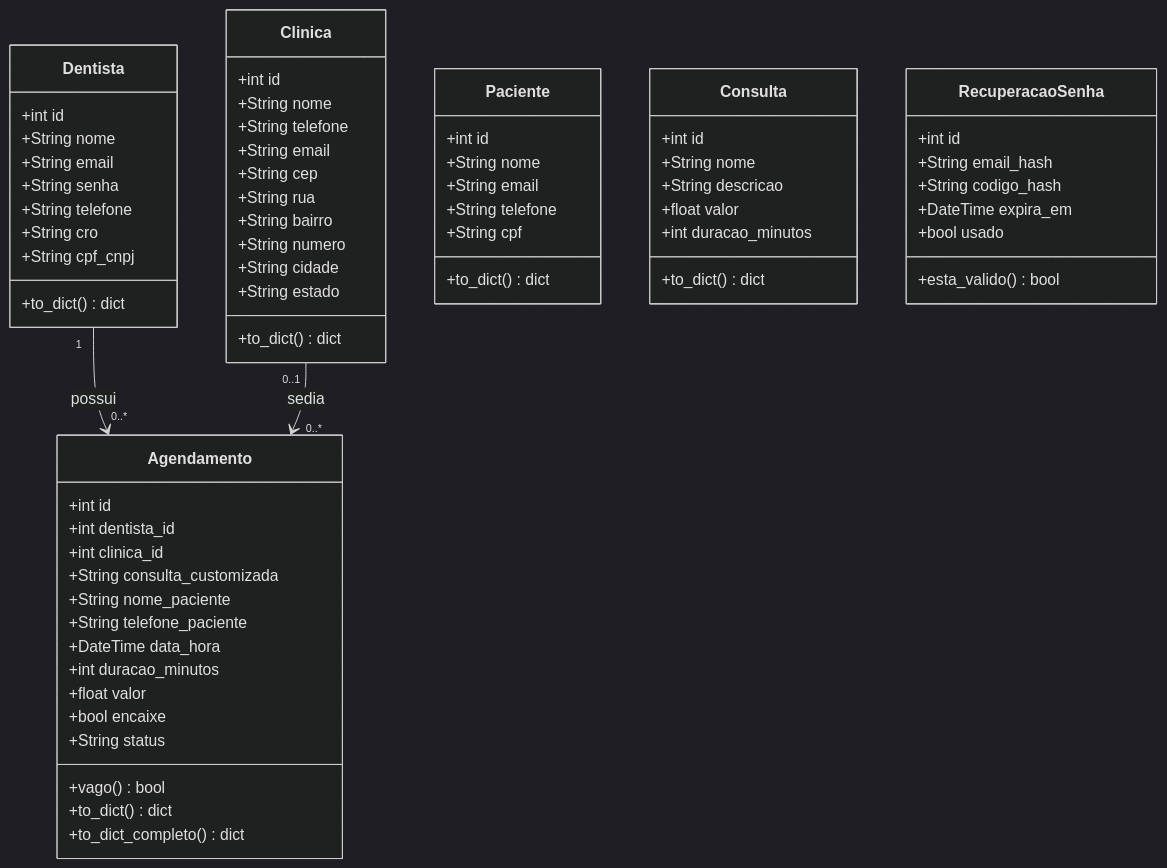
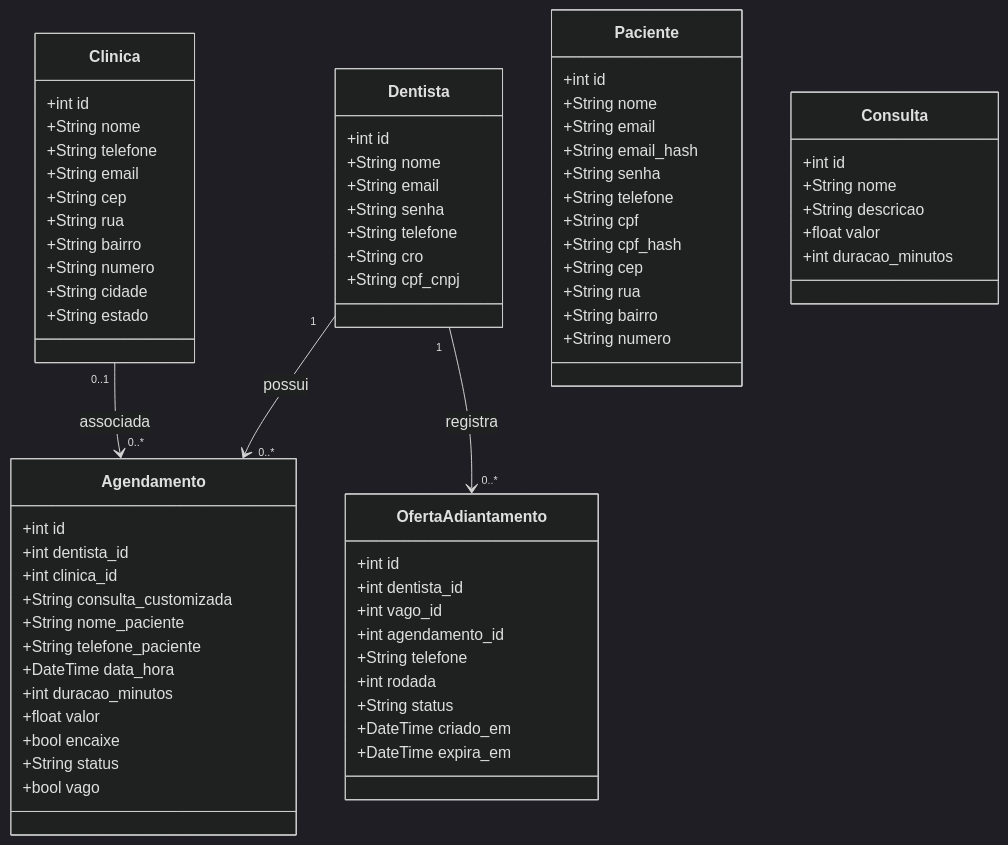
One commit to 26dudu/ReOdonto changed the diagram in README.md. Above: the diagram before and after it, drawn with Mermaid (dark theme). The commit also changed other lines of this file, not shown here.

````diff
--- a/README.md
+++ b/README.md
@@ -89,74 +130,80 @@
 ```mermaid
 classDiagram
     class Dentista {
         +int id
         +String nome
         +String email
         +String senha
         +String telefone
         +String cro
         +String cpf_cnpj
-        +to_dict() dict
     }
 
     class Clinica {
         +int id
         +String nome
         +String telefone
         +String email
         +String cep
         +String rua
         +String bairro
         +String numero
         +String cidade
         +String estado
-        +to_dict() dict
     }
 
     class Agendamento {
         +int id
         +int dentista_id
         +int clinica_id
         +String consulta_customizada
         +String nome_paciente
         +String telefone_paciente
         +DateTime data_hora
         +int duracao_minutos
         +float valor
         +bool encaixe
         +String status
-        +vago() bool
-        +to_dict() dict
-        +to_dict_completo() dict
+        +bool vago
     }
 
     class Paciente {
         +int id
         +String nome
         +String email
+        +String email_hash
+        +String senha
         +String telefone
         +String cpf
-        +to_dict() dict
+        +String cpf_hash
+        +String cep
+        +String rua
+        +String bairro
+        +String numero
     }
 
     class Consulta {
         +int id
         +String nome
         +String descricao
         +float valor
         +int duracao_minutos
-        +to_dict() dict
     }
 
-    class RecuperacaoSenha {
+
+    class OfertaAdiantamento {
         +int id
-        +String email_hash
-        +String codigo_hash
+        +int dentista_id
+        +int vago_id
+        +int agendamento_id
+        +String telefone
+        +int rodada
+        +String status
+        +DateTime criado_em
         +DateTime expira_em
-        +bool usado
-        +esta_valido() bool
     }
 
     Dentista "1" --> "0..*" Agendamento : possui
-    Clinica "0..1" --> "0..*" Agendamento : sedia
+    Clinica "0..1" --> "0..*" Agendamento : associada
+    Dentista "1" --> "0..*" OfertaAdiantamento : registra
 ```
````
